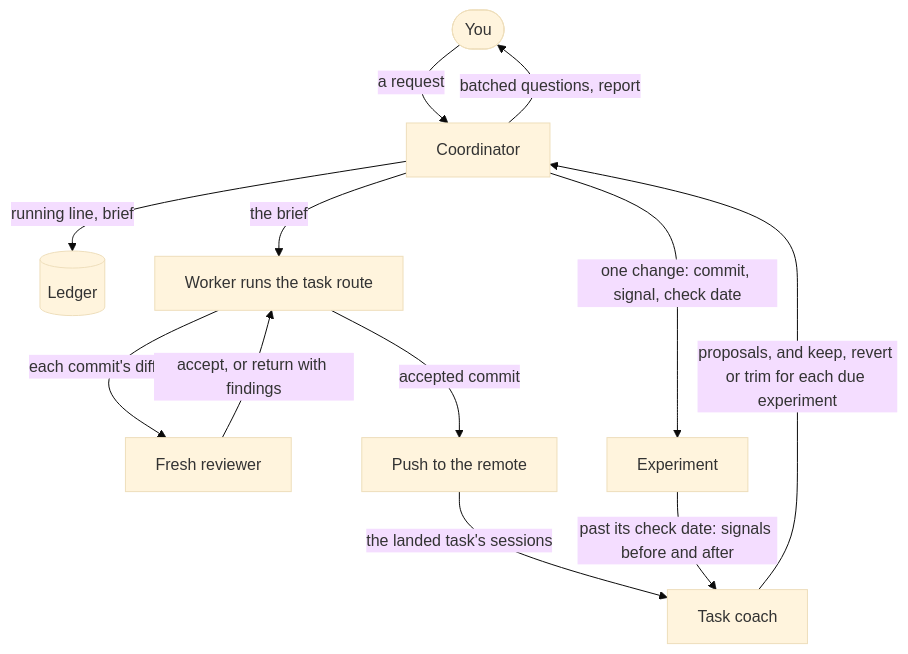
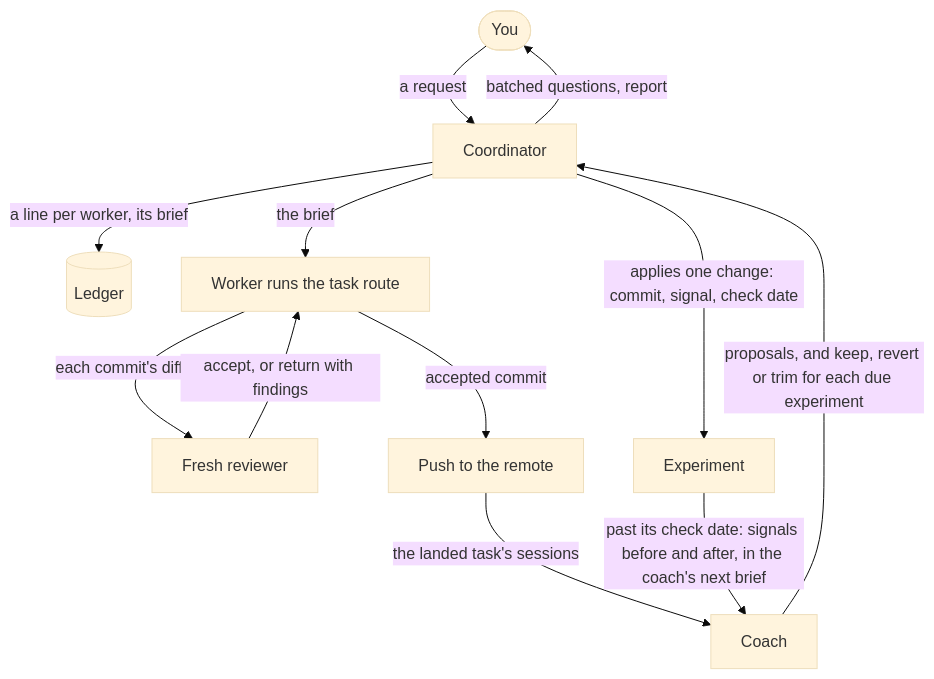
The diagram in README.md (cniska/agent-skills), drawn with Mermaid (base theme) before and after one commit. The commit also changed other lines of this file, not shown here.

Commit message:
docs: clarify the README chart

````diff
--- a/README.md
+++ b/README.md
@@ -22,14 +22,14 @@
 ```mermaid
 flowchart TD
   you(["You"]) -- "a request" --> lead["Coordinator"]
-  lead -- "running line, brief" --> ledger[("Ledger")]
+  lead -- "a line per worker, its brief" --> ledger[("Ledger")]
   lead -- "batched questions, report" --> you
   lead -- "the brief" --> worker["Worker runs the task route"]
   worker -- "each commit's diff" --> reviewer["Fresh reviewer"]
   reviewer -- "accept, or return with findings" --> worker
   worker -- "accepted commit" --> push["Push to the remote"]
-  push -- "the landed task's sessions" --> coach["Task coach"]
+  push -- "the landed task's sessions" --> coach["Coach"]
   coach -- "proposals, and keep, revert or trim for each due experiment" --> lead
-  lead -- "one change: commit, signal, check date" --> exp["Experiment"]
-  exp -- "past its check date: signals before and after" --> coach
+  lead -- "applies one change: commit, signal, check date" --> exp["Experiment"]
+  exp -- "past its check date: signals before and after, in the coach's next brief" --> coach
 ```
````
